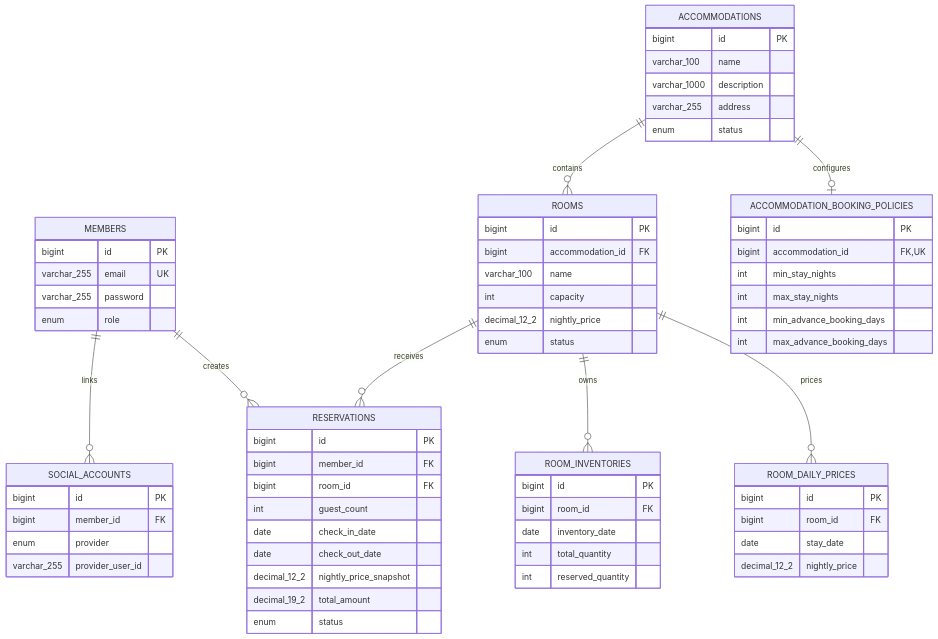
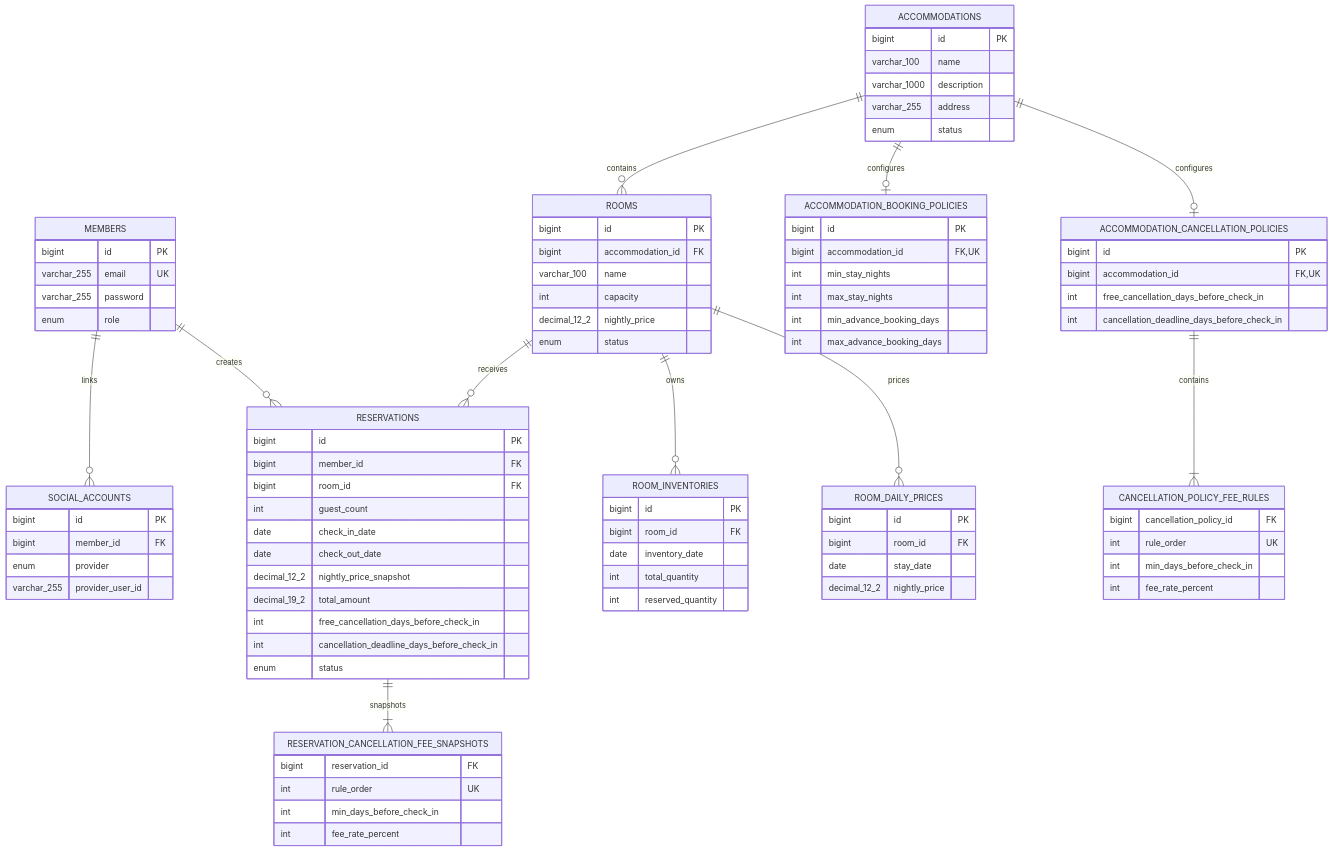
Before and after one commit to K4RF/reservation-platform: the diagram in docs/erd/database-schema.md, drawn with Mermaid. The commit also changed other lines of this file and 7 other files, not shown here.

````diff
--- a/docs/erd/database-schema.md
+++ b/docs/erd/database-schema.md
@@ -12,9 +12,12 @@
     MEMBERS ||--o{ RESERVATIONS : creates
     ACCOMMODATIONS ||--o{ ROOMS : contains
     ACCOMMODATIONS ||--o| ACCOMMODATION_BOOKING_POLICIES : configures
+    ACCOMMODATIONS ||--o| ACCOMMODATION_CANCELLATION_POLICIES : configures
+    ACCOMMODATION_CANCELLATION_POLICIES ||--|{ CANCELLATION_POLICY_FEE_RULES : contains
     ROOMS ||--o{ RESERVATIONS : receives
     ROOMS ||--o{ ROOM_INVENTORIES : owns
     ROOMS ||--o{ ROOM_DAILY_PRICES : prices
+    RESERVATIONS ||--|{ RESERVATION_CANCELLATION_FEE_SNAPSHOTS : snapshots
 
     MEMBERS {
         bigint id PK
@@ -45,6 +48,20 @@
         int max_stay_nights
         int min_advance_booking_days
         int max_advance_booking_days
+    }
+
+    ACCOMMODATION_CANCELLATION_POLICIES {
+        bigint id PK
+        bigint accommodation_id FK,UK
+        int free_cancellation_days_before_check_in
+        int cancellation_deadline_days_before_check_in
+    }
+
+    CANCELLATION_POLICY_FEE_RULES {
+        bigint cancellation_policy_id FK
+        int rule_order UK
+        int min_days_before_check_in
+        int fee_rate_percent
     }
 
     ROOMS {
@@ -80,6 +97,15 @@
         date check_out_date
         decimal_12_2 nightly_price_snapshot
         decimal_19_2 total_amount
+        int free_cancellation_days_before_check_in
+        int cancellation_deadline_days_before_check_in
         enum status
     }
+
+    RESERVATION_CANCELLATION_FEE_SNAPSHOTS {
+        bigint reservation_id FK
+        int rule_order UK
+        int min_days_before_check_in
+        int fee_rate_percent
+    }
 ```
````
